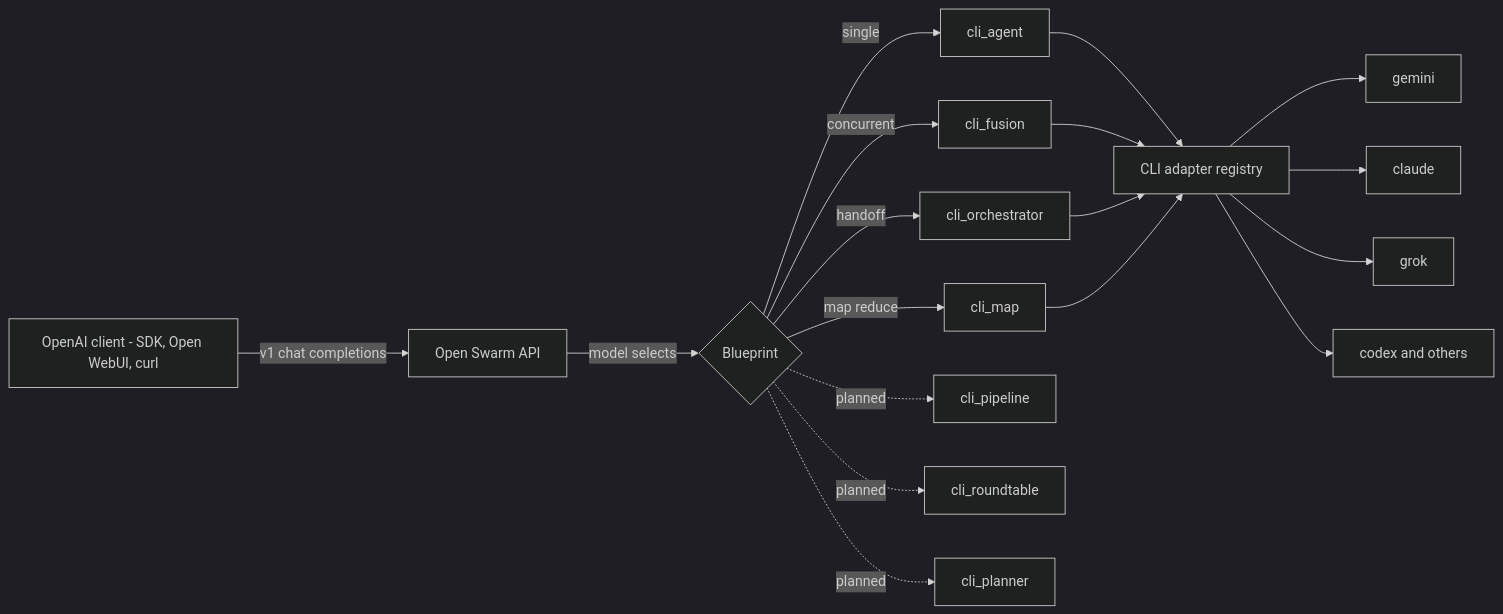
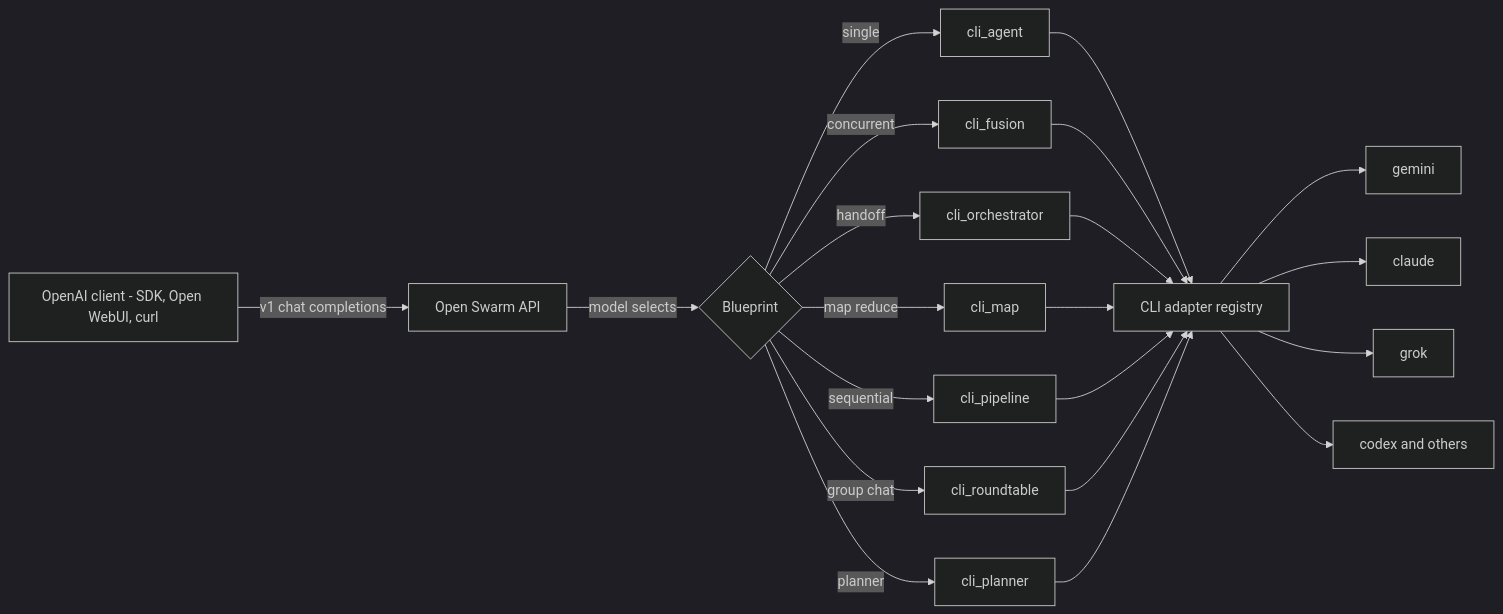
One commit to matthewhand/open-swarm changed the diagram in docs/VISION.md. Above: the diagram before and after it, drawn with Mermaid (dark theme). The commit also changed other lines of this file and 2 other files, not shown here.

First line of the commit message:
docs: mark pipeline/roundtable/planner built; CHANGELOG entry

````diff
--- a/docs/VISION.md
+++ b/docs/VISION.md
@@ -133,20 +132,23 @@
 ```mermaid
 flowchart LR
     Client["OpenAI client - SDK, Open WebUI, curl"] -->|v1 chat completions| API[Open Swarm API]
     API -->|model selects| BP{Blueprint}
     BP -->|single| A[cli_agent]
     BP -->|concurrent| F[cli_fusion]
     BP -->|handoff| O[cli_orchestrator]
     BP -->|map reduce| M[cli_map]
-    BP -.planned.-> P[cli_pipeline]
-    BP -.planned.-> R[cli_roundtable]
-    BP -.planned.-> PL[cli_planner]
+    BP -->|sequential| P[cli_pipeline]
+    BP -->|group chat| R[cli_roundtable]
+    BP -->|planner| PL[cli_planner]
     A --> REG[CLI adapter registry]
     F --> REG
     O --> REG
     M --> REG
+    P --> REG
+    R --> REG
+    PL --> REG
     REG --> g[gemini]
     REG --> c[claude]
     REG --> k[grok]
     REG --> x[codex and others]
 ```
````
